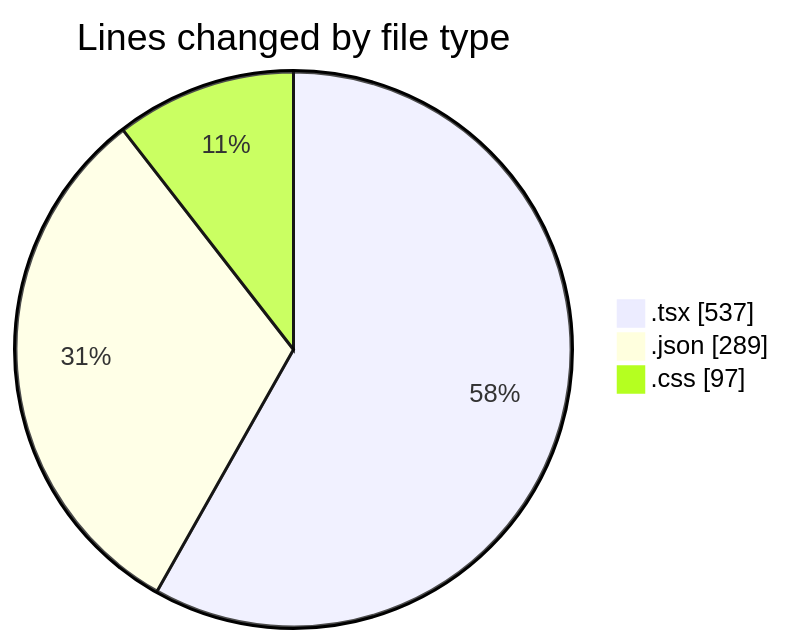
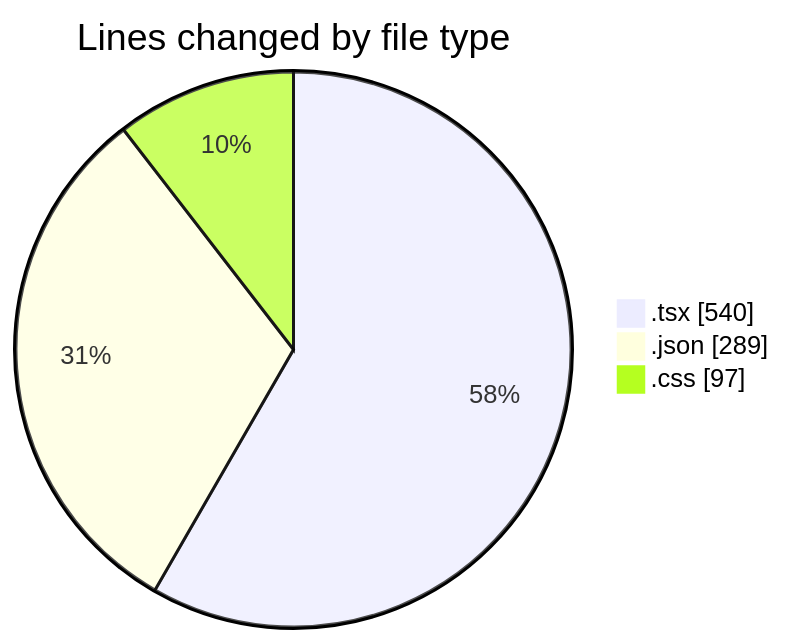
The first of 2 diagrams in 2025-05-04/niten/README.md (Elitesun/code-tracking), drawn with Mermaid before and after one commit. The commit also changed other lines of this file and 1 other file, not shown here.

````diff
--- a/2025-05-04/niten/README.md
+++ b/2025-05-04/niten/README.md
@@ -33,7 +33,7 @@
 ```mermaid
 pie showData
 title Lines changed by file type
-".tsx" : 537
+".tsx" : 540
 ".json" : 289
 ".css" : 97
 ```
````
